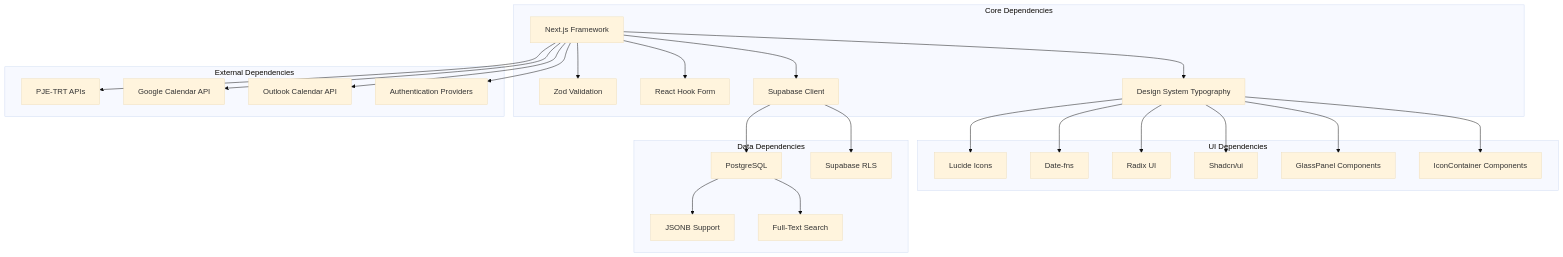
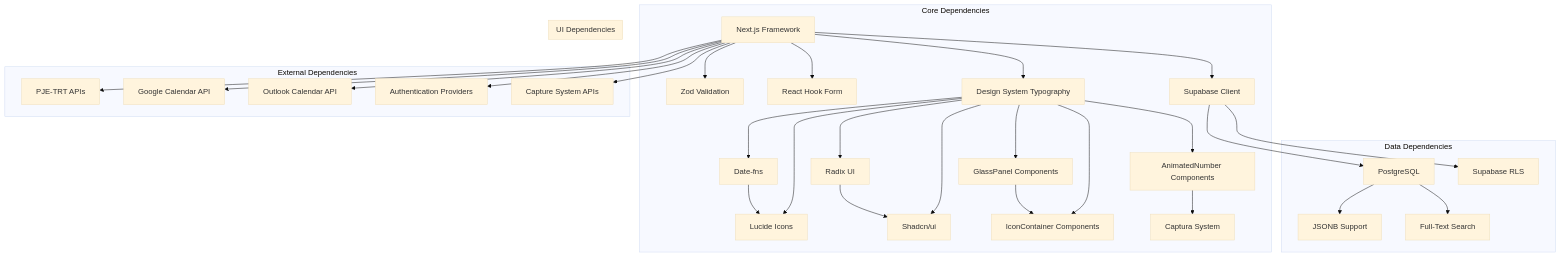
Diagram 15 of 15 in .qoder/repowiki/en/content/Audiência Management.md (SinesysTech/zattar-os), drawn with Mermaid (base theme) before and after one commit. The commit also changed other lines of this file and 15 other files, not shown here.

````diff
--- a/.qoder/repowiki/en/content/Audiência Management.md
+++ b/.qoder/repowiki/en/content/Audiência Management.md
@@ -599,48 +748,57 @@
 ```mermaid
 graph TB
 subgraph "Core Dependencies"
 A[Next.js Framework]
 B[Zod Validation]
 C[React Hook Form]
 D[Supabase Client]
 E[Design System Typography]
-end
-subgraph "UI Dependencies"
-F[Lucide Icons]
-G[Date-fns]
+F[Date-fns]
+G[Lucide Icons]
 H[Radix UI]
 I[Shadcn/ui]
 J[GlassPanel Components]
 K[IconContainer Components]
+L[AnimatedNumber Components]
+M[Captura System]
+end
+subgraph "UI Dependencies"
+F --> G
+H --> I
+J --> K
+L --> M
 end
 subgraph "Data Dependencies"
-L[PostgreSQL]
-M[Supabase RLS]
-N[JSONB Support]
-O[Full-Text Search]
+N[PostgreSQL]
+O[Supabase RLS]
+P[JSONB Support]
+Q[Full-Text Search]
 end
 subgraph "External Dependencies"
-P[PJE-TRT APIs]
-Q[Google Calendar API]
-R[Outlook Calendar API]
-S[Authentication Providers]
+R[PJE-TRT APIs]
+S[Google Calendar API]
+T[Outlook Calendar API]
+U[Authentication Providers]
+V[Capture System APIs]
 end
 A --> B
 A --> C
 A --> D
 A --> E
-D --> L
-D --> M
-L --> N
-L --> O
-A --> P
-A --> Q
+D --> N
+D --> O
+N --> P
+N --> Q
 A --> R
 A --> S
+A --> T
+A --> U
+A --> V
 E --> F
 E --> G
 E --> H
 E --> I
 E --> J
 E --> K
+E --> L
 ```
````
